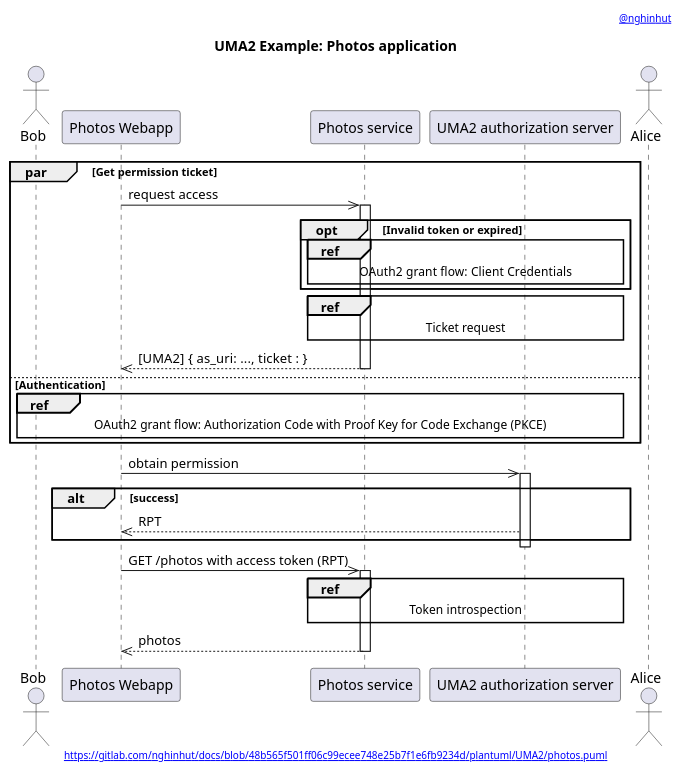
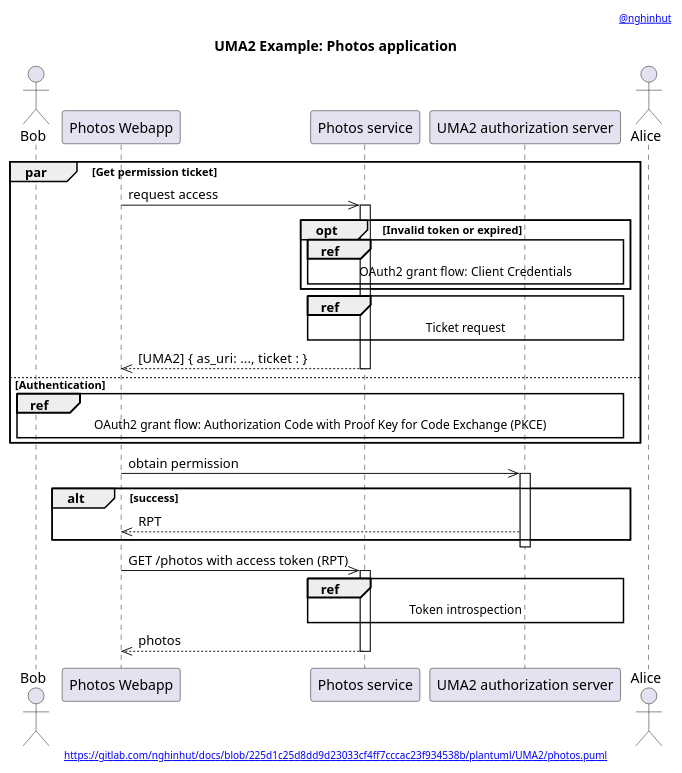
Before and after one commit to nghinhut/docs: the diagram in plantuml/UMA2/photos.apps.puml, drawn with PlantUML. The commit also changed 24 other files, not shown here.

Commit message:
docs(plantuml): update headers

```diff
--- a/plantuml/UMA2/photos.apps.puml
+++ b/plantuml/UMA2/photos.apps.puml
@@ -1,43 +1,43 @@
 @startuml
 '-----START auto generated metadata please keep comment here to allow auto update-----
 '-----DON'T EDIT THIS SECTION, INSTEAD RE-RUN prebuild.sh TO UPDATE-----
-header [[https://www.nghinhut.dev?from=http%5C%3A%5C%2F%5C%2Fwww%5C.plantuml%5C.com%5C%2Fplantuml%5C%2Fproxy%3Ffmt%3Dsvg%5C%26src%3Dhttps%5C%3A%5C%2F%5C%2Fgitlab%5C.com%5C%2Fnghinhut%5C%2Fdocs%5C%2Fraw%5C%2F48b565f501ff06c99ecee748e25b7f1e6fb9234d%5C%2Fplantuml%5C%2FUMA2%5C%2Fphotos%5C.puml%0A @nghinhut]]
-footer [[http://www.plantuml.com/plantuml/proxy?fmt=svg&src=https://gitlab.com/nghinhut/docs/raw/48b565f501ff06c99ecee748e25b7f1e6fb9234d/plantuml/UMA2/photos.puml https://gitlab.com/nghinhut/docs/blob/48b565f501ff06c99ecee748e25b7f1e6fb9234d/plantuml/UMA2/photos.puml]]
+header [[https://www.nghinhut.dev?from=http%5C%3A%5C%2F%5C%2Fwww%5C.plantuml%5C.com%5C%2Fplantuml%5C%2Fproxy%3Ffmt%3Dsvg%5C%26src%3Dhttps%5C%3A%5C%2F%5C%2Fgitlab%5C.com%5C%2Fnghinhut%5C%2Fdocs%5C%2Fraw%5C%2F225d1c25d8dd9d23033cf4ff7cccac23f934538b%5C%2Fplantuml%5C%2FUMA2%5C%2Fphotos%5C.puml%0A @nghinhut]]
+footer [[http://www.plantuml.com/plantuml/proxy?fmt=svg&src=https://gitlab.com/nghinhut/docs/raw/225d1c25d8dd9d23033cf4ff7cccac23f934538b/plantuml/UMA2/photos.puml https://gitlab.com/nghinhut/docs/blob/225d1c25d8dd9d23033cf4ff7cccac23f934538b/plantuml/UMA2/photos.puml]]
 '-----END auto generated metadata please keep comment here to allow auto update-----
 title UMA2 Example: Photos application
 
 actor "Bob" as rp
 participant "Photos Webapp" as client
 participant "Photos service" as rs
 participant "UMA2 authorization server" as as
 actor "Alice" as ro
 
 par Get permission ticket
     client ->> rs : request access
     activate rs
 
     opt Invalid token or expired
         ref over rs, as : OAuth2 grant flow: Client  Credentials
     end
 
     ref over rs, as : Ticket request
 
     client <<-- rs : [UMA2] { as_uri: ...,  ticket : }
     deactivate rs
 else Authentication
     ref over rp, as : OAuth2 grant flow: Authorization Code with Proof Key for Code Exchange (PKCE)
 end
 
 client ->> as : obtain permission
 activate as
 alt success
 client <<-- as : RPT
 end
 deactivate as
 
 client ->> rs : GET /photos with access token (RPT)
 activate rs
 ref over rs, as : Token introspection
 client <<-- rs : photos
 deactivate rs
 @enduml
```
